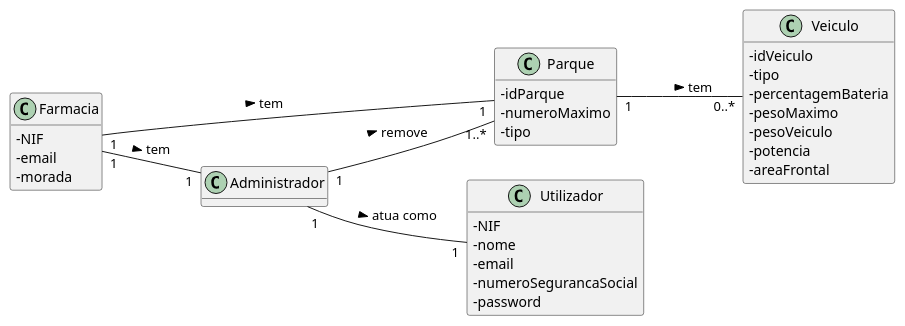
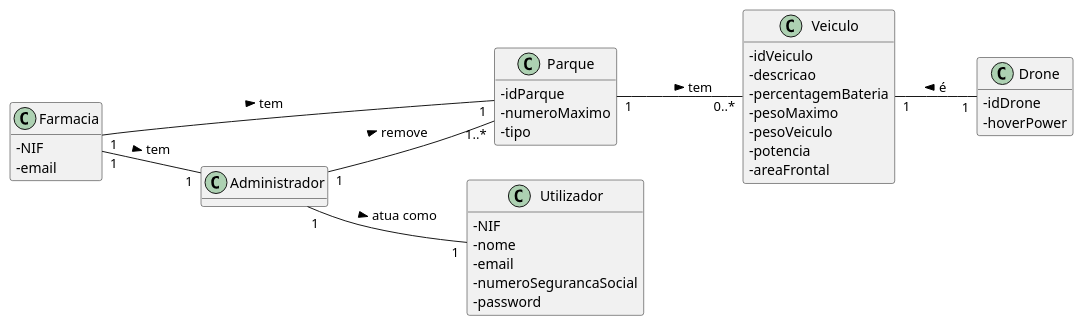
The diagram in docs/UC24/AtualizarDroneMD.puml (pedrolemos4/LAPR3), drawn with PlantUML before and after one commit. The commit also changed 27 other files, not shown here.

```diff
--- a/docs/UC24/AtualizarDroneMD.puml
+++ b/docs/UC24/AtualizarDroneMD.puml
@@ -1,42 +1,47 @@
 @startuml
 skinparam classAttributeIconSize 0
 hide methods
 left to right direction
 
 class Parque {
   -idParque
   -numeroMaximo
   -tipo
 }
 
 class Farmacia {
   -NIF
   -email
-  -morada
 }
 
 class Utilizador {
   -NIF
   -nome
   -email
   -numeroSegurancaSocial
   -password
 }
 
 class Veiculo {
   -idVeiculo
-  -tipo
+  -descricao
   -percentagemBateria
   -pesoMaximo
   -pesoVeiculo
   -potencia
   -areaFrontal
 }
 
+class Drone{
+  -idDrone
+  -hoverPower
+}
+
 Administrador "1" -- "1" Utilizador: atua como >
 Administrador "1" -- "1..*" Parque: remove >
 Farmacia "1" -- "1" Parque: tem >
 Farmacia "1" -- "1" Administrador: tem >
-Parque "1" -- "0..*" Veiculo: tem > 
+Parque "1" -- "0..*" Veiculo: tem >
+Veiculo "1" -- "1" Drone: é <
 
 @enduml
```
